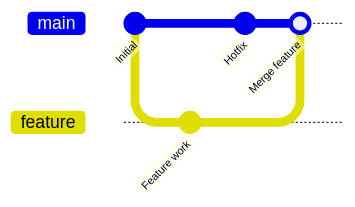
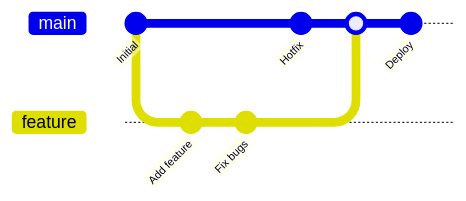
Before and after one commit to RaviTejaLadi/DevDocs-Hub: the fifth of 9 diagrams in src/data/topics/computer-science/resources/cheat-sheets/git.mdx, drawn with Mermaid. The commit also changed other lines of this file and 29 other files, not shown here.

````diff
--- a/src/data/topics/computer-science/resources/cheat-sheets/git.mdx
+++ b/src/data/topics/computer-science/resources/cheat-sheets/git.mdx
@@ -16,10 +143,12 @@
 ```mermaid
 gitGraph
     commit id: "Initial"
     branch feature
     checkout feature
-    commit id: "Feature work"
+    commit id: "Add feature"
+    commit id: "Fix bugs"
     checkout main
     commit id: "Hotfix"
-    merge feature id: "Merge feature"
+    merge feature
+    commit id: "Deploy"
 ```
````
